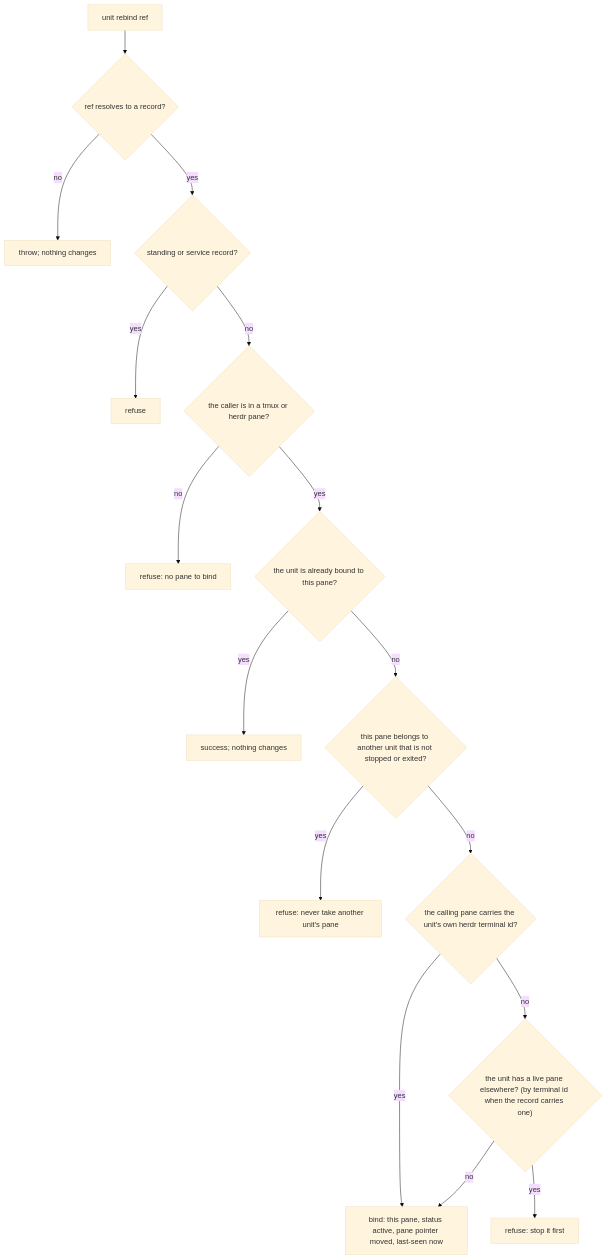
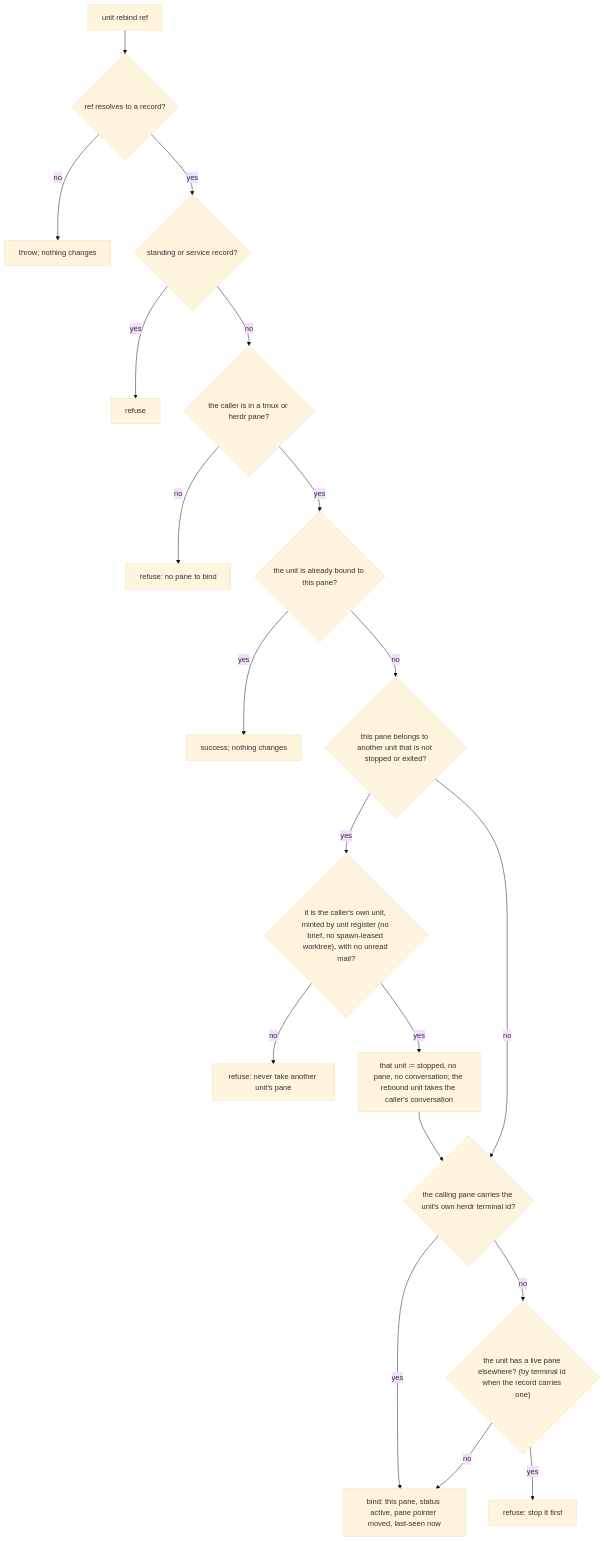
One commit to cyberuni/cyberlegion changed the third of 4 diagrams in packages/cyberlegion/.agents/spec/unit/runtime/README.md. Above: the diagram before and after it, drawn with Mermaid (base theme). The commit also changed other lines of this file and 16 other files, not shown here.

First line of the commit message:
fix: a resumed session finds its unit by its harness conversation (#285)

````diff
--- a/packages/cyberlegion/.agents/spec/unit/runtime/README.md
+++ b/packages/cyberlegion/.agents/spec/unit/runtime/README.md
@@ -287,18 +293,20 @@
 ```mermaid
 graph TD
   RB0["unit rebind ref"] --> RB1{"ref resolves to a record?"}
   RB1 -- no --> RB1X["throw; nothing changes"]
   RB1 -- yes --> RB2{"standing or service record?"}
   RB2 -- yes --> RB2X["refuse"]
   RB2 -- no --> RB3{"the caller is in a tmux or herdr pane?"}
   RB3 -- no --> RB3X["refuse: no pane to bind"]
   RB3 -- yes --> RB4{"the unit is already bound to this pane?"}
   RB4 -- yes --> RB4Y["success; nothing changes"]
   RB4 -- no --> RB5{"this pane belongs to another unit that is not stopped or exited?"}
-  RB5 -- yes --> RB5X["refuse: never take another unit's pane"]
+  RB5 -- yes --> RBL{"it is the caller's own unit, minted by unit register (no brief, no spawn-leased worktree), with no unread mail?"}
+  RBL -- no --> RB5X["refuse: never take another unit's pane"]
+  RBL -- yes --> RBLY["that unit := stopped, no pane, no conversation; the rebound unit takes the caller's conversation"] --> RBT
   RB5 -- no --> RBT{"the calling pane carries the unit's own herdr terminal id?"}
   RBT -- yes --> RB7
   RBT -- no --> RB6{"the unit has a live pane elsewhere? (by terminal id when the record carries one)"}
   RB6 -- yes --> RB6X["refuse: stop it first"]
   RB6 -- no --> RB7["bind: this pane, status active, pane pointer moved, last-seen now"]
 ```
````
